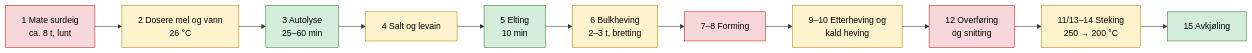
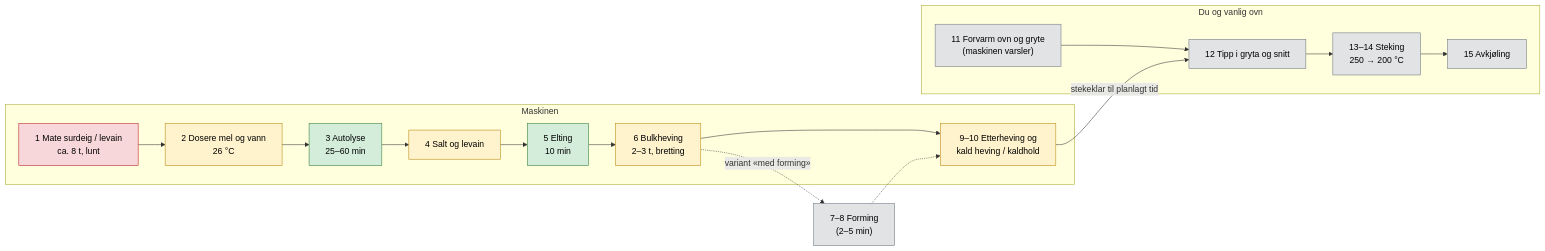
The diagram in docs/01-prosessanalyse.md (erikhafnor/surdeigsbaker), drawn with Mermaid before and after one commit. The commit also changed other lines of this file and 18 other files, not shown here.

````diff
--- a/docs/01-prosessanalyse.md
+++ b/docs/01-prosessanalyse.md
@@ -9,16 +11,22 @@
 ```mermaid
 flowchart LR
-  A["1 Mate surdeig<br/>ca. 8 t, lunt"]:::hard --> B["2 Dosere mel og vann<br/>26 °C"]:::mid
-  B --> C["3 Autolyse<br/>25–60 min"]:::easy
-  C --> D["4 Salt og levain"]:::mid
-  D --> E["5 Elting<br/>10 min"]:::easy
-  E --> F["6 Bulkheving<br/>2–3 t, bretting"]:::mid
-  F --> G["7–8 Forming"]:::hard
-  G --> H["9–10 Etterheving og<br/>kald heving"]:::mid
-  H --> I["12 Overføring<br/>og snitting"]:::hard
-  I --> J["11/13–14 Steking<br/>250 → 200 °C"]:::mid
-  J --> K["15 Avkjøling"]:::easy
+  subgraph M["Maskinen"]
+    A["1 Mate surdeig / levain<br/>ca. 8 t, lunt"]:::hard --> B["2 Dosere mel og vann<br/>26 °C"]:::mid
+    B --> C["3 Autolyse<br/>25–60 min"]:::easy
+    C --> D["4 Salt og levain"]:::mid
+    D --> E["5 Elting<br/>10 min"]:::easy
+    E --> F["6 Bulkheving<br/>2–3 t, bretting"]:::mid
+    F --> H["9–10 Etterheving og<br/>kald heving / kaldhold"]:::mid
+  end
+  F -. "variant «med forming»" .-> G["7–8 Forming<br/>(2–5 min)"]:::human
+  G -.-> H
+  subgraph U["Du og vanlig ovn"]
+    I["11 Forvarm ovn og gryte<br/>(maskinen varsler)"]:::human --> J["12 Tipp i gryta og snitt"]:::human
+    J --> K["13–14 Steking<br/>250 → 200 °C"]:::human --> L["15 Avkjøling"]:::human
+  end
+  H -->|"stekeklar til planlagt tid"| J
   classDef easy fill:#d4edda,stroke:#2e7d32,color:#000
   classDef mid fill:#fff3cd,stroke:#b8860b,color:#000
   classDef hard fill:#f8d7da,stroke:#b71c1c,color:#000
+  classDef human fill:#e2e3e5,stroke:#6c757d,color:#000
 ```
````
